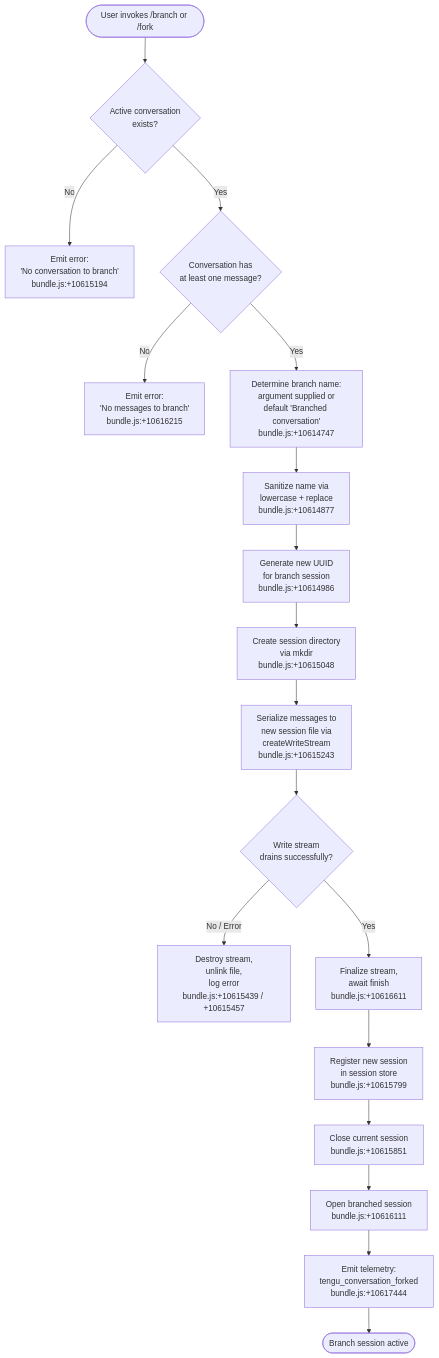
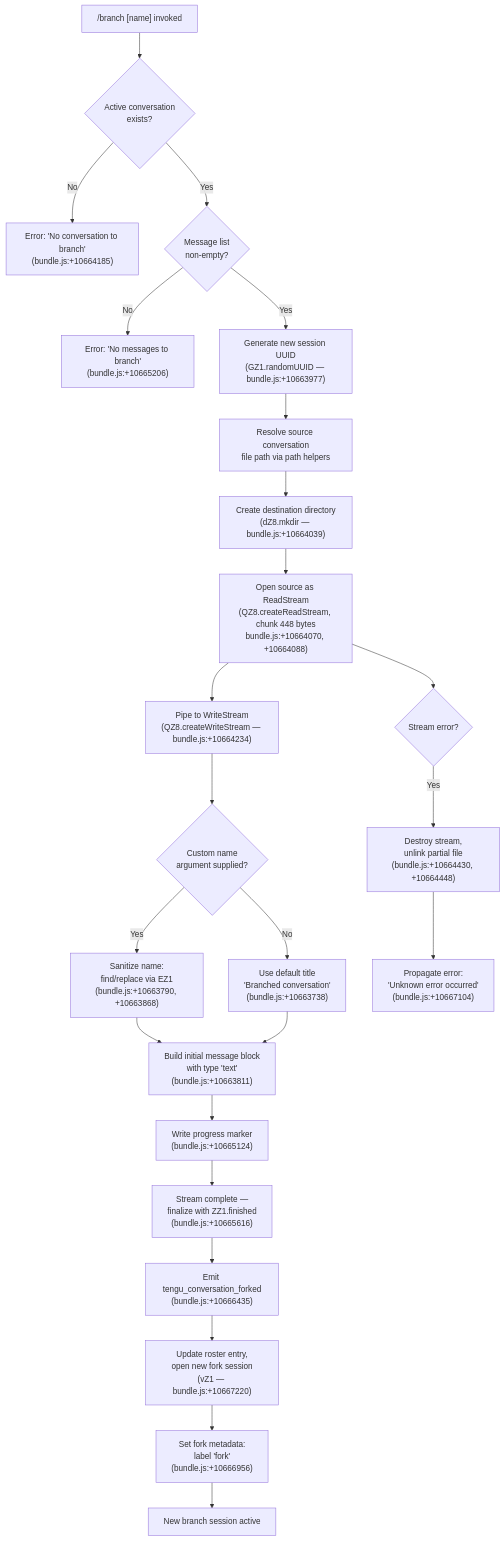
The diagram in versions/v2.1.153/branch.md (MyLittleLuckyDog/cc-gnothi), drawn with Mermaid before and after one commit. The commit also changed other lines of this file and 593 other files, not shown here.

````diff
--- a/versions/v2.1.153/branch.md
+++ b/versions/v2.1.153/branch.md
@@ -47,20 +56,27 @@
 ```mermaid
 flowchart TD
-    A([User invokes /branch or /fork]) --> B{Active conversation\nexists?}
-    B -- No --> C[Emit error:\n'No conversation to branch'\nbundle.js:+10615194]
-    B -- Yes --> D{Conversation has\nat least one message?}
-    D -- No --> E[Emit error:\n'No messages to branch'\nbundle.js:+10616215]
-    D -- Yes --> F[Determine branch name:\nargument supplied or\ndefault 'Branched conversation'\nbundle.js:+10614747]
-    F --> G[Sanitize name via\nlowercase + replace\nbundle.js:+10614877]
-    G --> H[Generate new UUID\nfor branch session\nbundle.js:+10614986]
-    H --> I[Create session directory\nvia mkdir\nbundle.js:+10615048]
-    I --> J[Serialize messages to\nnew session file via\ncreateWriteStream\nbundle.js:+10615243]
-    J --> K{Write stream\ndrains successfully?}
-    K -- No / Error --> L[Destroy stream,\nunlink file,\nlog error\nbundle.js:+10615439 / +10615457]
-    K -- Yes --> M[Finalize stream,\nawait finish\nbundle.js:+10616611]
-    M --> N[Register new session\nin session store\nbundle.js:+10615799]
-    N --> O[Close current session\nbundle.js:+10615851]
-    O --> P[Open branched session\nbundle.js:+10616111]
-    P --> Q[Emit telemetry:\ntengu_conversation_forked\nbundle.js:+10617444]
-    Q --> R([Branch session active])
+    A["/branch [name] invoked"] --> B{Active conversation\nexists?}
+    B -- No --> ERR1["Error: 'No conversation to branch'\n(bundle.js:+10664185)"]
+    B -- Yes --> C{Message list\nnon-empty?}
+    C -- No --> ERR2["Error: 'No messages to branch'\n(bundle.js:+10665206)"]
+    C -- Yes --> D["Generate new session UUID\n(GZ1.randomUUID — bundle.js:+10663977)"]
+    D --> E["Resolve source conversation\nfile path via path helpers"]
+    E --> F["Create destination directory\n(dZ8.mkdir — bundle.js:+10664039)"]
+    F --> G["Open source as ReadStream\n(QZ8.createReadStream, chunk 448 bytes\nbundle.js:+10664070, +10664088)"]
+    G --> H["Pipe to WriteStream\n(QZ8.createWriteStream — bundle.js:+10664234)"]
+    H --> I{"Custom name\nargument supplied?"}
+    I -- Yes --> J["Sanitize name:\nfind/replace via EZ1\n(bundle.js:+10663790, +10663868)"]
+    I -- No --> K["Use default title\n'Branched conversation'\n(bundle.js:+10663738)"]
+    J --> L["Build initial message block\nwith type 'text'\n(bundle.js:+10663811)"]
+    K --> L
+    L --> M["Write progress marker\n(bundle.js:+10665124)"]
+    M --> N["Stream complete —\nfinalize with ZZ1.finished\n(bundle.js:+10665616)"]
+    N --> O["Emit tengu_conversation_forked\n(bundle.js:+10666435)"]
+    O --> P["Update roster entry,\nopen new fork session\n(vZ1 — bundle.js:+10667220)"]
+    P --> Q["Set fork metadata:\nlabel 'fork'\n(bundle.js:+10666956)"]
+    Q --> DONE["New branch session active"]
+
+    G --> COPYERR{"Stream error?"}
+    COPYERR -- Yes --> CLEANUP["Destroy stream,\nunlink partial file\n(bundle.js:+10664430, +10664448)"]
+    CLEANUP --> ERR3["Propagate error:\n'Unknown error occurred'\n(bundle.js:+10667104)"]
 ```
````
